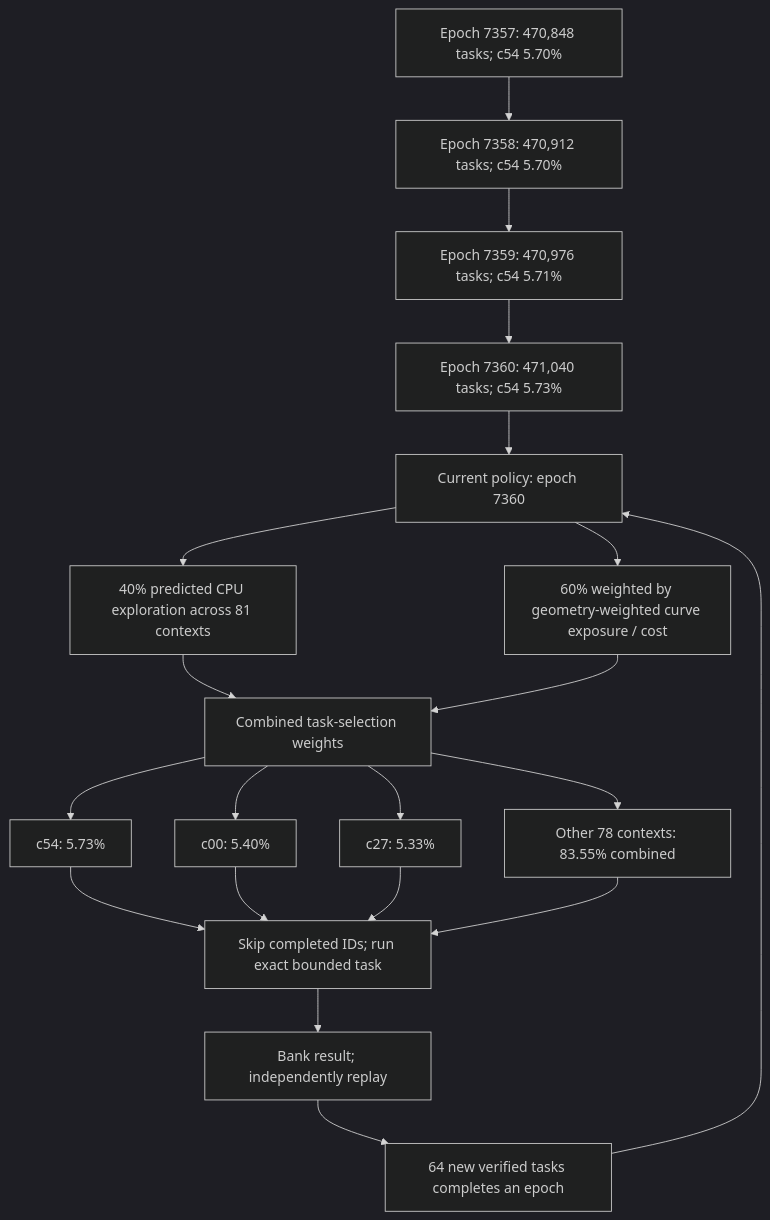
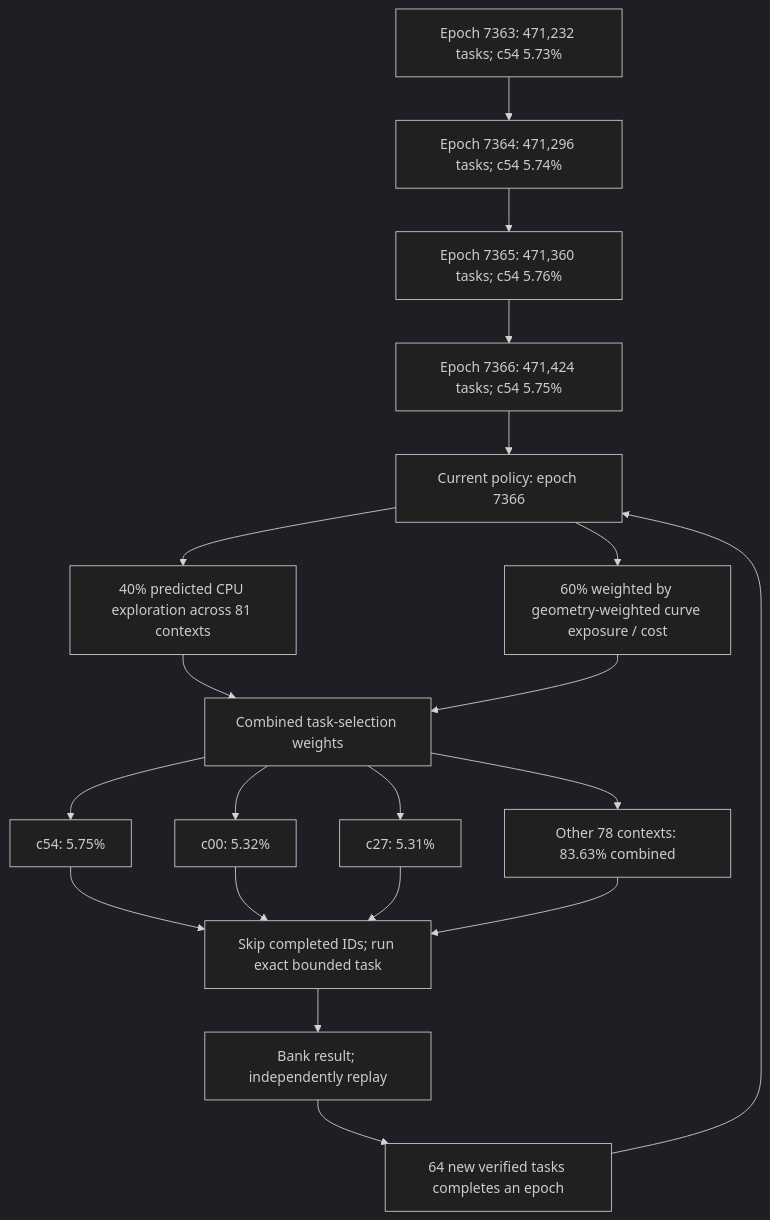
One commit to Kuberwastaken/math-gambling changed the first of 4 diagrams in README.md. Above: the diagram before and after it, drawn with Mermaid (dark theme). The commit also changed other lines of this file and 1410 other files, not shown here.

````diff
--- a/README.md
+++ b/README.md
@@ -60,27 +60,27 @@
 ```mermaid
 flowchart TD
-    H0["Epoch 7357: 470,848 tasks; c54 5.70%"]
-    H1["Epoch 7358: 470,912 tasks; c54 5.70%"]
+    H0["Epoch 7363: 471,232 tasks; c54 5.73%"]
+    H1["Epoch 7364: 471,296 tasks; c54 5.74%"]
     H0 --> H1
-    H2["Epoch 7359: 470,976 tasks; c54 5.71%"]
+    H2["Epoch 7365: 471,360 tasks; c54 5.76%"]
     H1 --> H2
-    H3["Epoch 7360: 471,040 tasks; c54 5.73%"]
+    H3["Epoch 7366: 471,424 tasks; c54 5.75%"]
     H2 --> H3
-    Policy["Current policy: epoch 7360"]
+    Policy["Current policy: epoch 7366"]
     H3 --> Policy
     Policy --> Explore["40% predicted CPU exploration across 81 contexts"]
     Policy --> Cost["60% weighted by geometry-weighted curve exposure / cost"]
     Explore --> Mix["Combined task-selection weights"]
     Cost --> Mix
-    Mix --> C0["c54: 5.73%"]
-    Mix --> C1["c00: 5.40%"]
-    Mix --> C2["c27: 5.33%"]
-    Mix --> Rest["Other 78 contexts: 83.55% combined"]
+    Mix --> C0["c54: 5.75%"]
+    Mix --> C1["c00: 5.32%"]
+    Mix --> C2["c27: 5.31%"]
+    Mix --> Rest["Other 78 contexts: 83.63% combined"]
     C0 --> Check["Skip completed IDs; run exact bounded task"]
     C1 --> Check
     C2 --> Check
     Rest --> Check
     Check --> Replay["Bank result; independently replay"]
     Replay --> Gate["64 new verified tasks completes an epoch"]
     Gate --> Policy
 ```
````
